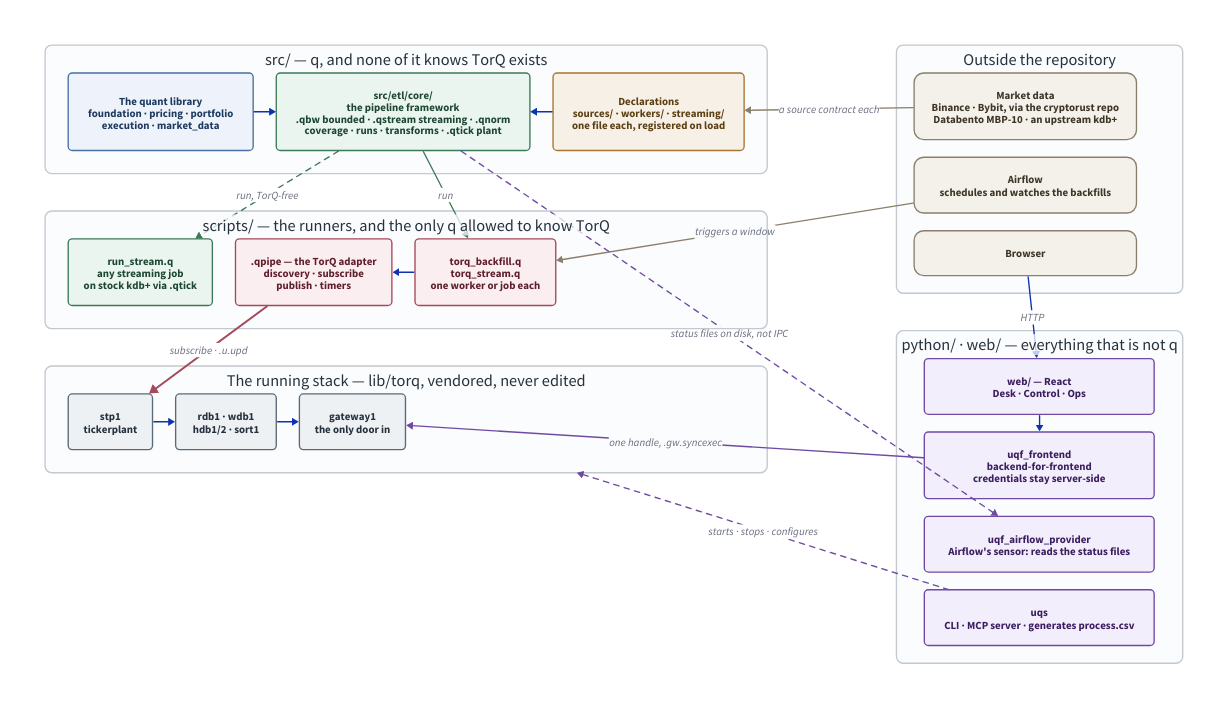
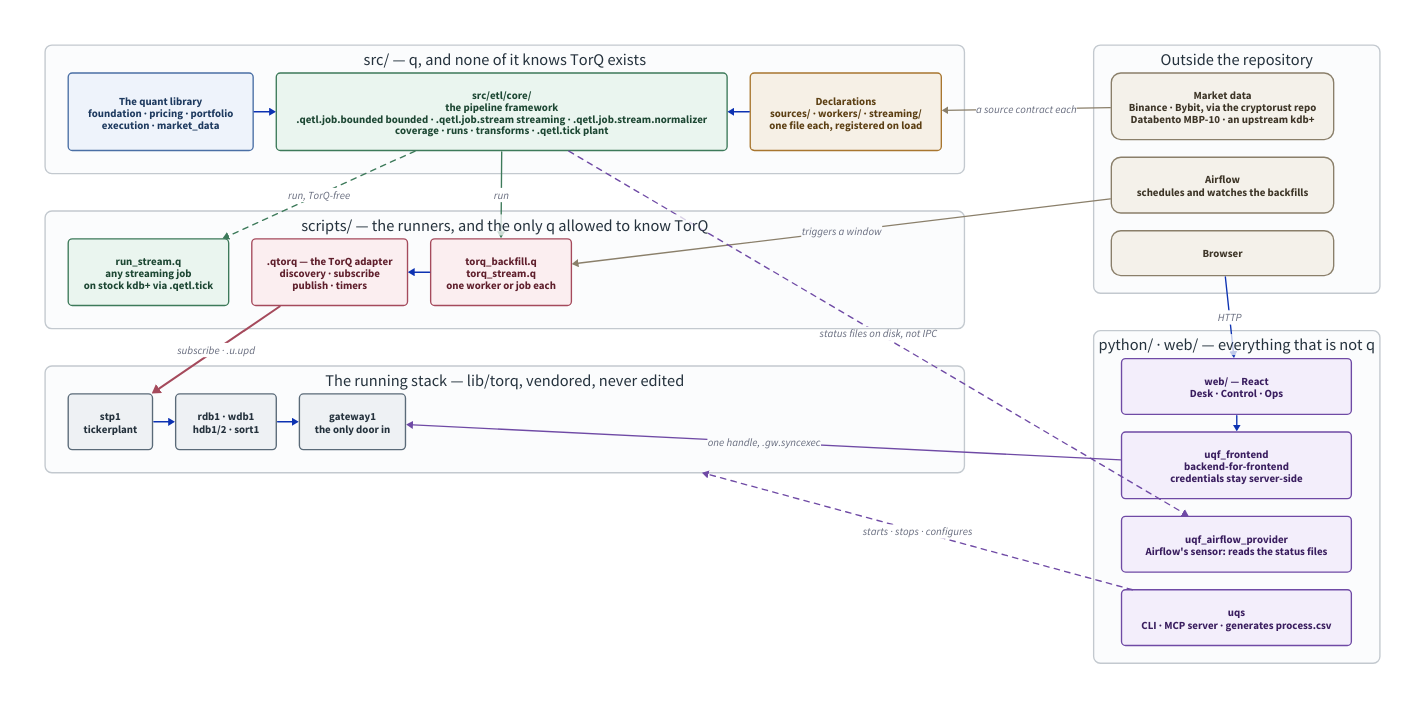
Before and after one commit to kwojdalski/uqf: the diagram in docs/diagrams/repo-overview.d2, drawn with D2. The commit also changed 234 other files, not shown here.

Commit message:
Consolidate ETL framework and pipeline namespaces

```diff
--- a/docs/diagrams/repo-overview.d2
+++ b/docs/diagrams/repo-overview.d2
@@ -17,12 +17,12 @@
 # file under src/ loads in a plain q process with no TorQ present (bank
 # rule), which is what lets a worker or a streaming job be tested against a
 # recorder instead of a tickerplant. Exactly one namespace may know TorQ
-# exists - .qpipe, in scripts/ - and scripts/gates/check_etl_layering.py fails the
+# exists - .qtorq, in scripts/ - and scripts/gates/check_etl_layering.py fails the
 # build if anything under src/etl/ reaches for it. So the adapter gets its
 # own band, and every arrow into the TorQ stack passes through it.
 #
 # TorQ is not the only way to run a job any more, and the band says so:
-# run_stream.q runs any streaming job on stock kdb+, against .qtick - a
+# run_stream.q runs any streaming job on stock kdb+, against .qetl.tick - a
 # plain-q tickerplant in src/etl/core/ - and never loads lib/torq. It sits in
 # scripts/ beside the TorQ runners because it is a runner too, but its arrow
 # stays inside the left column: it goes back to src/, not down to the stack.
@@ -149,7 +149,7 @@
     # edge crossed the band and dropped its label on top of the quant
     # library's.
     quant: "The quant library\nfoundation · pricing · portfolio\nexecution · market_data" { class: lib }
-    core: "src/etl/core/\nthe pipeline framework\n.qbw bounded · .qstream streaming · .qnorm\ncoverage · runs · transforms · .qtick plant" { class: fw }
+    core: "src/etl/core/\nthe pipeline framework\n.qetl.job.bounded bounded · .qetl.job.stream streaming · .qetl.job.stream.normalizer\ncoverage · runs · transforms · .qetl.tick plant" { class: fw }
     decls: "Declarations\nsources/ · workers/ · streaming/\none file each, registered on load" { class: decl }
 
     decls -> core
@@ -162,7 +162,7 @@
     grid-gap: 34
 
     # Same rule: the TorQ runners on the right, because Airflow triggers
-    # them from there, and .qpipe beside the tickerplant it publishes into
+    # them from there, and .qtorq beside the tickerplant it publishes into
     # in the band below. run_stream.q takes the far left: it has no edge
     # leaving the band, and on the right Airflow's edge and the status-file
     # edge both ran straight through it.
@@ -171,11 +171,11 @@
     # across this band's right-hand gap. With one-line labels the three boxes
     # spread far enough right to put the runners in its way, so the labels
     # wrap and the boxes stay narrow enough to leave that gap clear.
-    standalone: "run_stream.q\nany streaming job\non stock kdb+ via .qtick" { class: fw }
-    qpipe: ".qpipe — the TorQ adapter\ndiscovery · subscribe\npublish · timers" { class: adapter }
+    standalone: "run_stream.q\nany streaming job\non stock kdb+ via .qetl.tick" { class: fw }
+    qtorq: ".qtorq — the TorQ adapter\ndiscovery · subscribe\npublish · timers" { class: adapter }
     runners: "torq_backfill.q\ntorq_stream.q\none worker or job each" { class: adapter }
 
-    runners -> qpipe
+    runners -> qtorq
   }
 
   stack: "The running stack — lib/torq, vendored, never edited" {
@@ -196,7 +196,7 @@
     style.stroke: "#3d7a5a"
     style.stroke-dash: 4
   }
-  scripts.qpipe -> stack.tp: "subscribe · .u.upd" {
+  scripts.qtorq -> stack.tp: "subscribe · .u.upd" {
     style.stroke: "#a54a5c"
     style.stroke-width: 3
   }
```
